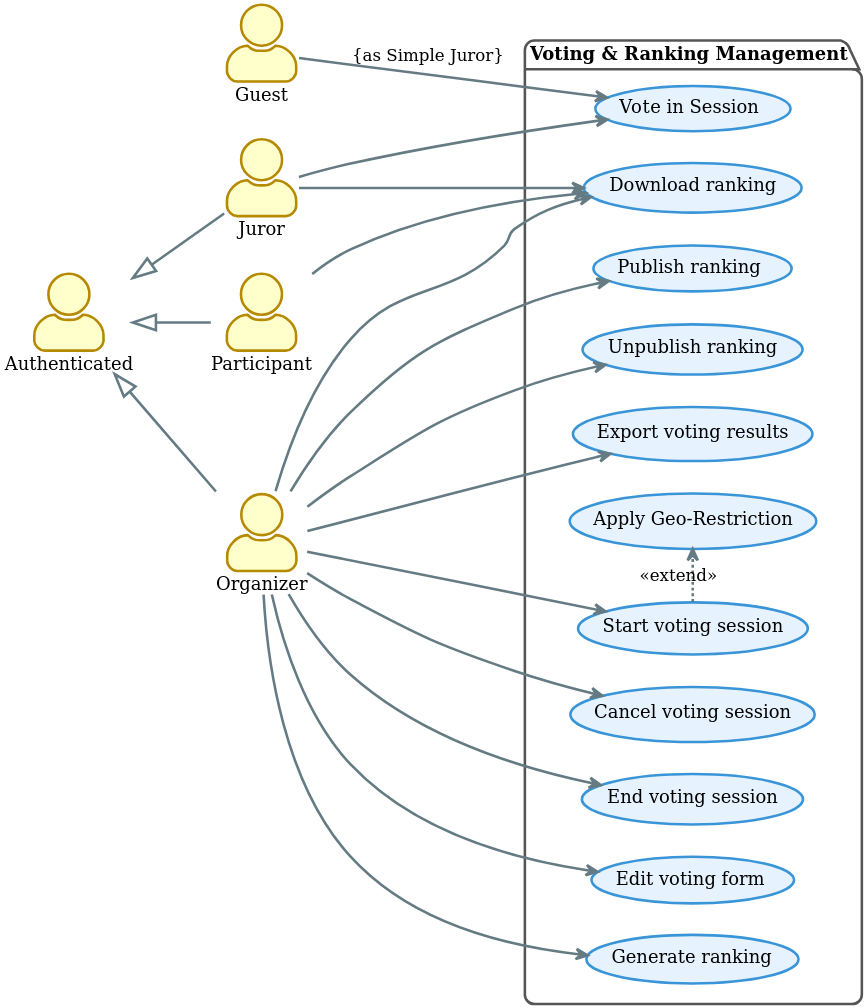
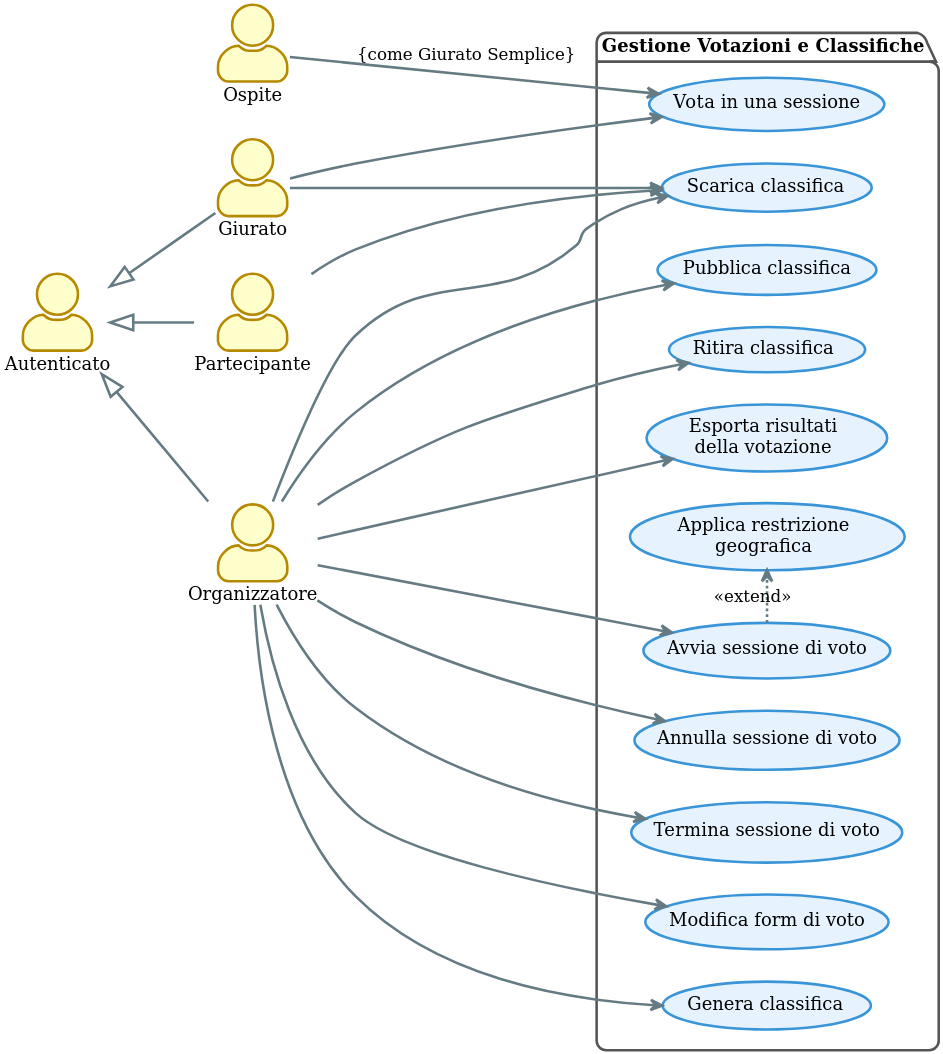
The diagram in thesis/diagrams/src/use-case-diagram-3.puml (TMoretta/Swift-Contest), drawn with PlantUML before and after one commit. The commit also changed 61 other files, not shown here.

```diff
--- a/thesis/diagrams/src/use-case-diagram-3.puml
+++ b/thesis/diagrams/src/use-case-diagram-3.puml
@@ -1,84 +1,85 @@
 @startuml
 
 !theme sunlust
 skinparam dpi 300
 left to right direction
 skinparam backgroundColor transparent
 skinparam actorStyle awesome
 skinparam shadowing false
 skinparam nodesep 25
 
 skinparam package {
     backgroundColor #FFFFFF
     borderColor #555555
 }
 skinparam usecase {
   backgroundColor #E6F3FF
   borderColor #3995D7
 }
 
 ' =======================================
-' Attori (Gerarchia Completa)
+' Attori
 ' =======================================
-actor Guest
-actor Authenticated
-actor Juror
-actor Participant
-actor Organizer
+actor Ospite
+actor Autenticato
+actor Giurato
+actor Partecipante
+actor Organizzatore
 
-Authenticated <|-- Juror
-Authenticated <|-- Organizer
-Authenticated <|-- Participant
+Autenticato <|-- Giurato
+Autenticato <|-- Organizzatore
+Autenticato <|-- Partecipante
 
 ' =======================================
 ' Packages e Casi d'Uso
 ' =======================================
 
-package "Voting & Ranking Management" {
-  usecase "Vote in Session" as UC_VoteInSession
+package "Gestione Votazioni e Classifiche" {
+  usecase "Vota in una sessione" as UC_VoteInSession
 
-  usecase "Start voting session" as UC_StartVotingSession
-  usecase "Cancel voting session" as UC_CancelVotingSession
-  usecase "End voting session" as UC_EndVotingSession
-  usecase "Apply Geo-Restriction" as UC_ApplyGeoRestriction
+  usecase "Avvia sessione di voto" as UC_StartVotingSession
+  usecase "Annulla sessione di voto" as UC_CancelVotingSession
+  usecase "Termina sessione di voto" as UC_EndVotingSession
+  usecase "Applica restrizione geografica" as UC_ApplyGeoRestriction
 
-  usecase "Edit voting form" as UC_EditJuryForm
+  usecase "Modifica form di voto" as UC_EditJuryForm
 
-  usecase "Generate ranking" as UC_GenerateRanking
-  usecase "Publish ranking" as UC_PublishRanking
-  usecase "Unpublish ranking" as UC_UnpublishRanking
-  usecase "Download ranking" as UC_DownloadRanking
+  usecase "Genera classifica" as UC_GenerateRanking
+  usecase "Pubblica classifica" as UC_PublishRanking
+  usecase "Ritira classifica" as UC_UnpublishRanking
+  usecase "Scarica classifica" as UC_DownloadRanking
 
-  usecase "Export voting results" as UC_ExportVotingResults
+  usecase "Esporta risultati\ndella votazione" as UC_ExportVotingResults
 }
 
 ' =======================================
 ' Connessioni
 ' =======================================
 
-' Guest (come Giurato Semplice)
-Guest --> UC_VoteInSession : {as Simple Juror}
+' Ospite (come Giurato Semplice)
+Ospite --> UC_VoteInSession : {come Giurato Semplice}
 
-' Juror (sia Nominato che Semplice)
-Juror --> UC_VoteInSession
-Juror --> UC_DownloadRanking
+' Giurato (sia Nominato che Semplice)
+Giurato --> UC_VoteInSession
+Giurato --> UC_DownloadRanking
 
-' Organizer
-Organizer --> UC_EditJuryForm
-Organizer --> UC_StartVotingSession
-Organizer --> UC_CancelVotingSession
-Organizer --> UC_EndVotingSession
-Organizer --> UC_GenerateRanking
-Organizer --> UC_PublishRanking
-Organizer --> UC_UnpublishRanking
-Organizer --> UC_DownloadRanking
-Organizer --> UC_ExportVotingResults
+' Organizzatore
+Organizzatore --> UC_EditJuryForm
+Organizzatore --> UC_StartVotingSession
+Organizzatore --> UC_CancelVotingSession
+Organizzatore --> UC_EndVotingSession
+Organizzatore --> UC_GenerateRanking
+Organizzatore --> UC_PublishRanking
+Organizzatore --> UC_UnpublishRanking
+Organizzatore --> UC_DownloadRanking
+Organizzatore --> UC_ExportVotingResults
 
-Participant --> UC_DownloadRanking
+' Partecipante
+Partecipante --> UC_DownloadRanking
 
 ' =======================================
 ' Relazioni tra Casi d'Uso
 ' =======================================
 (UC_StartVotingSession) .> (UC_ApplyGeoRestriction) : <<extend>>
 
 @enduml
```
